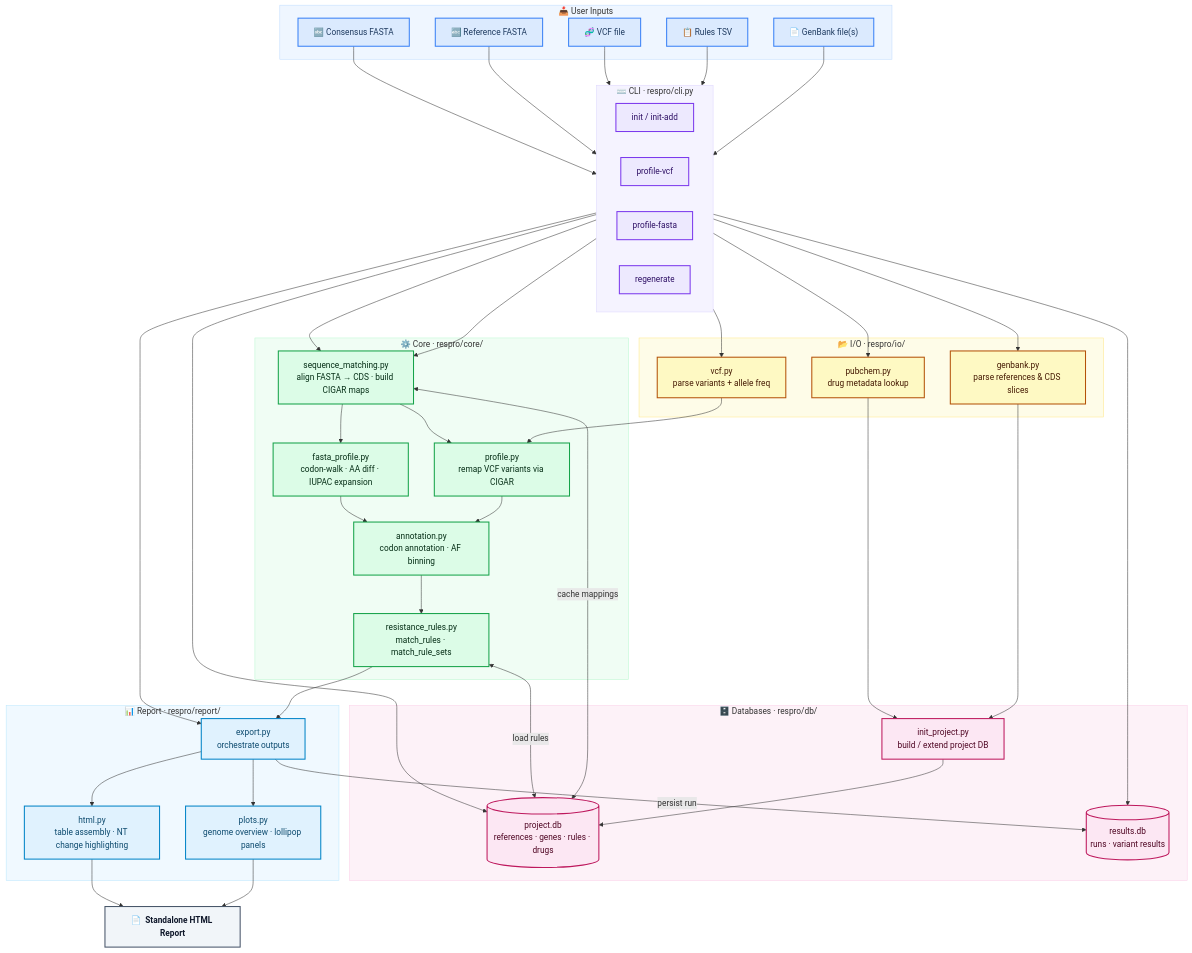
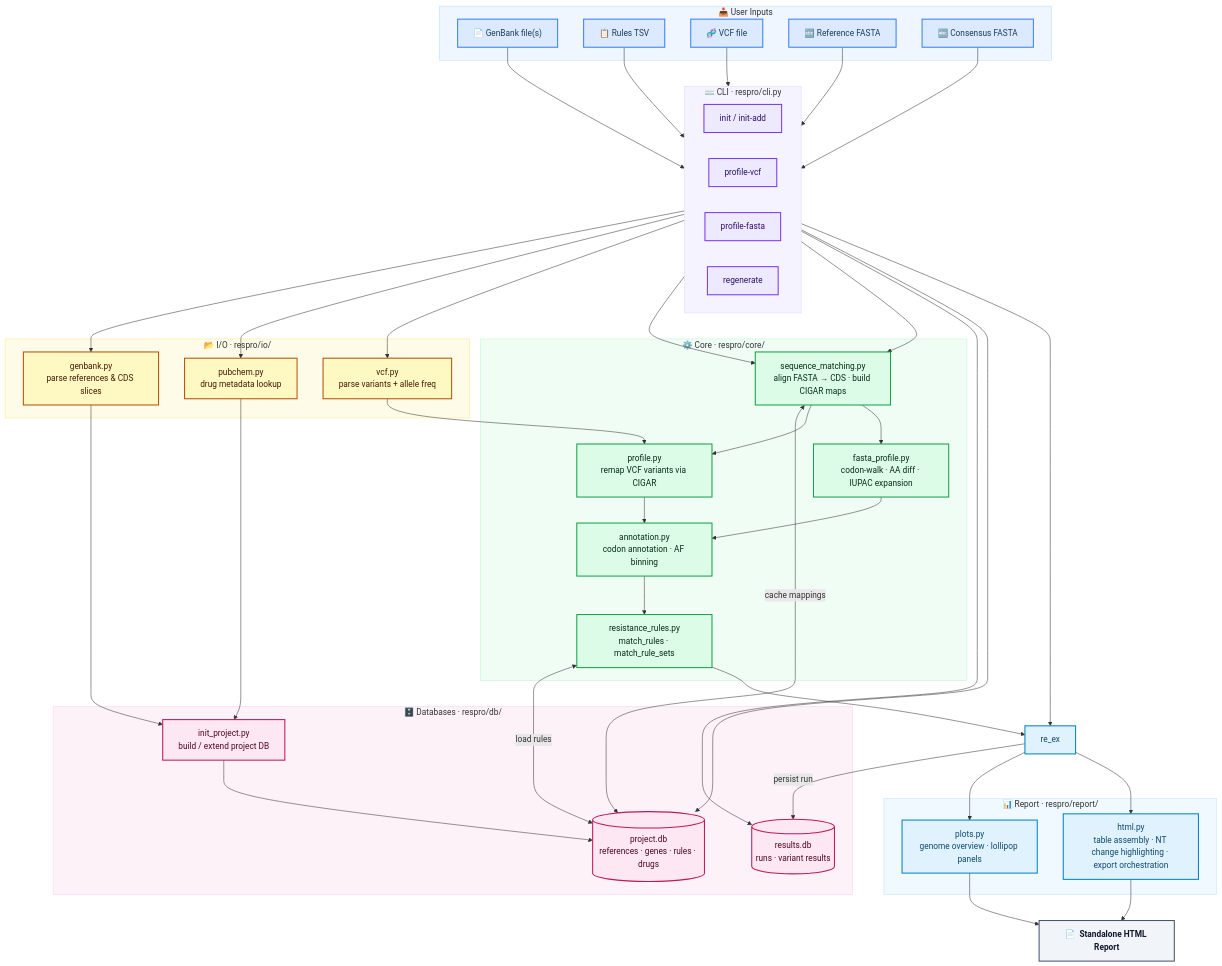
One commit to the-foxlab/ResistanceProfiler changed the diagram in docs/project-structure.md. Above: the diagram before and after it, drawn with Mermaid. The commit also changed other lines of this file and 15 other files, not shown here.

```diff
--- a/docs/project-structure.md
+++ b/docs/project-structure.md
@@ -100,9 +100,8 @@
 
     %% ── Report layer ─────────────────────────────────────────────────
     subgraph REP["📊  Report  ·  respro/report/"]
-        re_ex["export.py\norchestrate outputs"]
         re_pl["plots.py\ngenome overview · lollipop panels"]
-        re_ht["html.py\ntable assembly · NT change highlighting"]
+        re_ht["html.py\ntable assembly · NT change highlighting · export orchestration"]
     end
 
     out_html["📄  Standalone HTML Report"]
```
